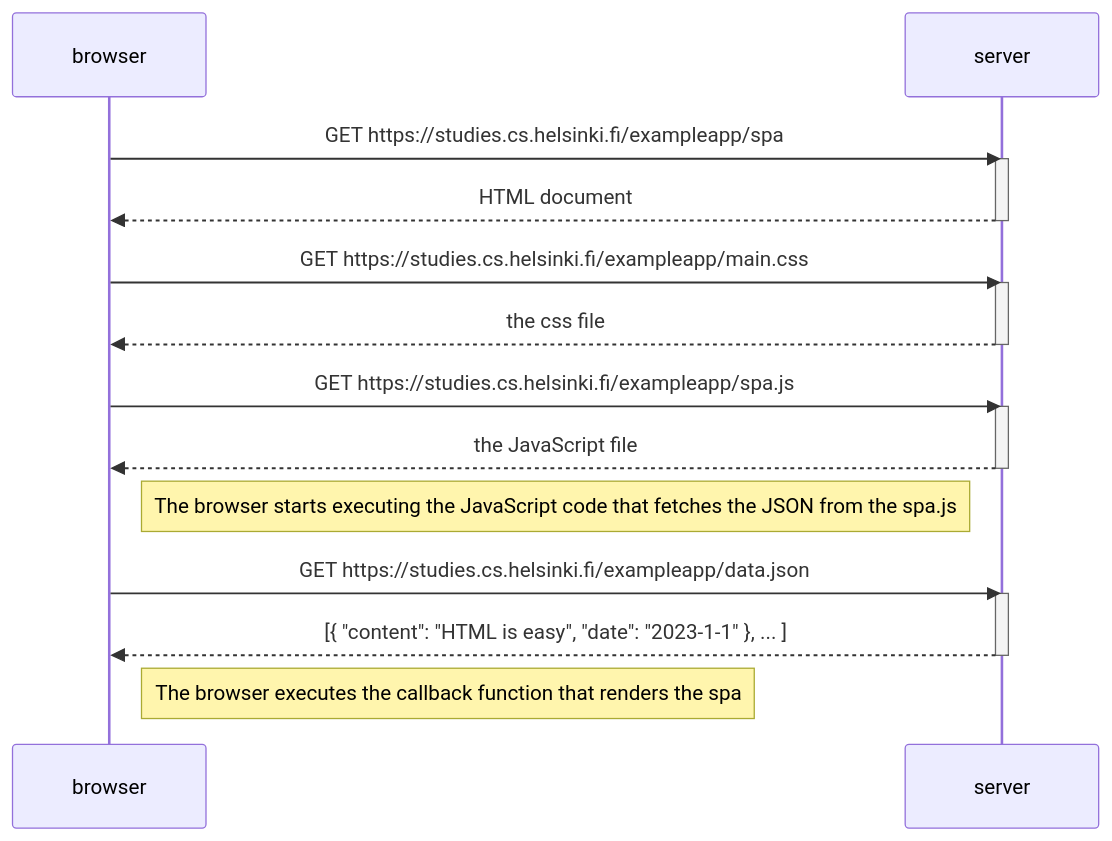
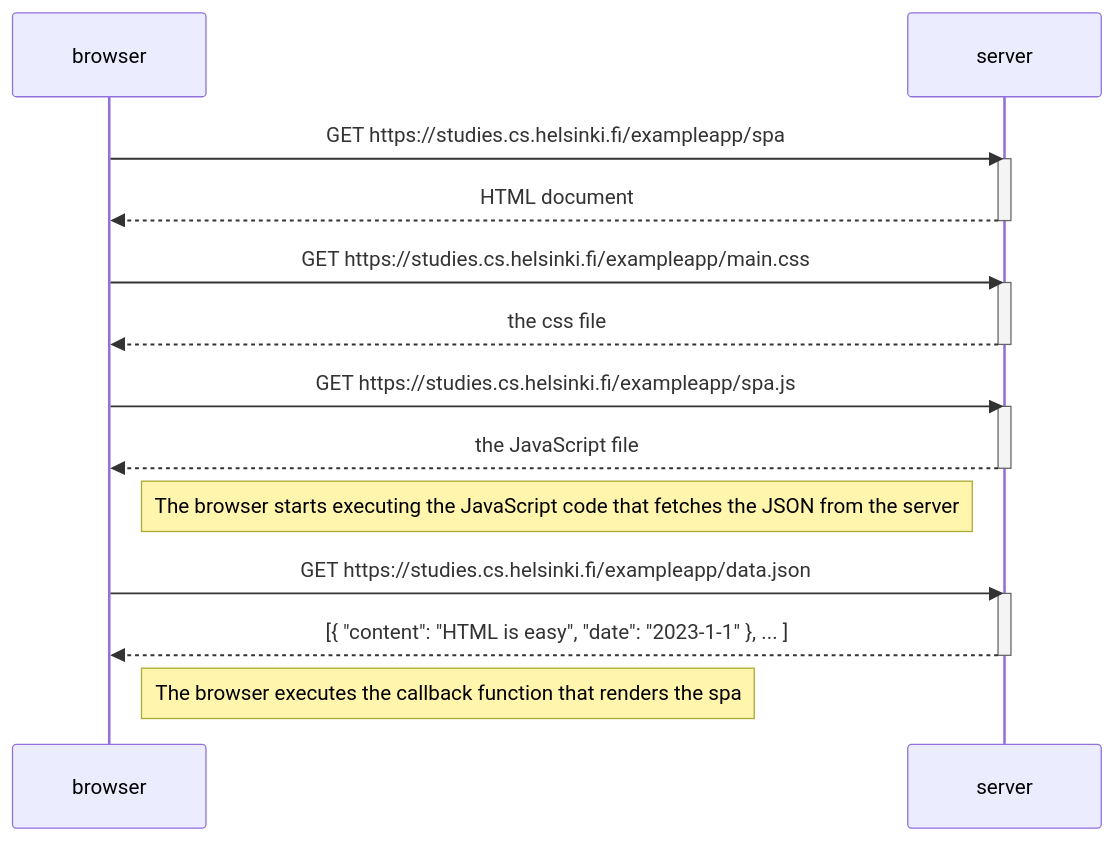
Before and after one commit to manojrai200/fullstackopen-mr: the diagram in part0/0_5.md, drawn with Mermaid.

````diff
--- a/part0/0_5.md
+++ b/part0/0_5.md
@@ -1,30 +1,30 @@
 ```mermaid
     sequenceDiagram
         participant browser
         participant server
 
         browser->>server: GET https://studies.cs.helsinki.fi/exampleapp/spa
         activate server
         server-->>browser: HTML document
         deactivate server
 
         browser->>server: GET https://studies.cs.helsinki.fi/exampleapp/main.css
         activate server
         server-->>browser: the css file
         deactivate server
 
         browser->>server: GET https://studies.cs.helsinki.fi/exampleapp/spa.js
         activate server
         server-->>browser: the JavaScript file
         deactivate server
 
-        Note right of browser: The browser starts executing the JavaScript code that fetches the JSON from the spa.js
+        Note right of browser: The browser starts executing the JavaScript code that fetches the JSON from the server
 
         browser->>server: GET https://studies.cs.helsinki.fi/exampleapp/data.json
         activate server
         server-->>browser: [{ "content": "HTML is easy", "date": "2023-1-1" }, ... ]
         deactivate server
 
         Note right of browser: The browser executes the callback function that renders the spa
 
 ```
````
